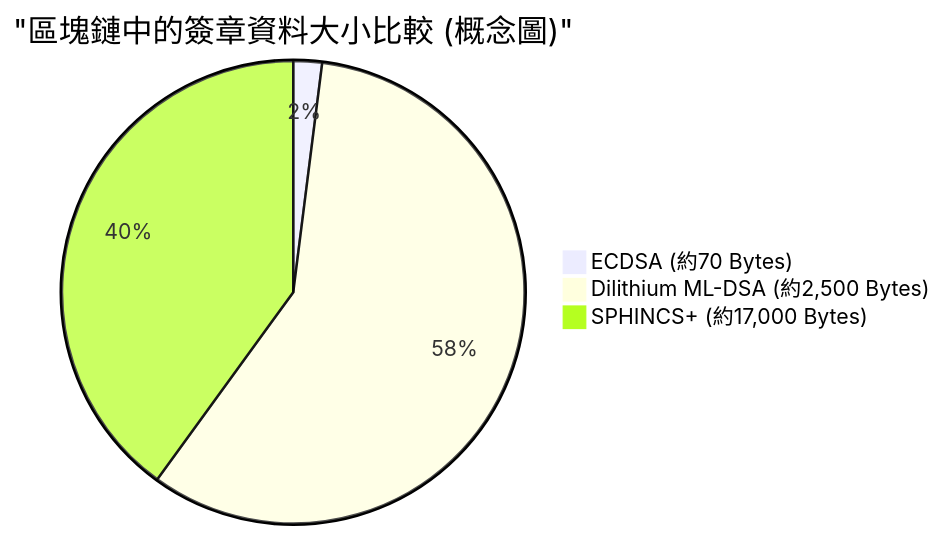
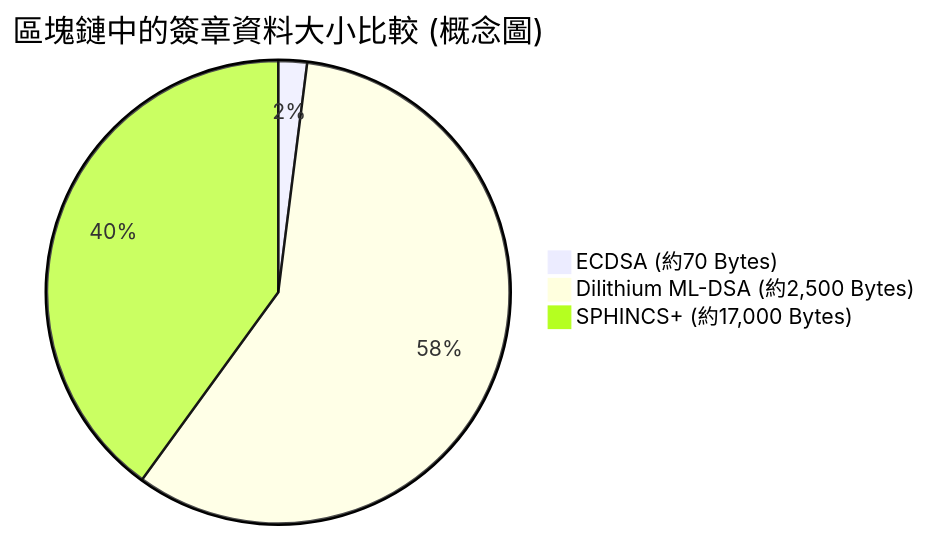
The third of 3 diagrams in content/post/ポスト量子時代のブロックチェーン/index.zh-tw.md (kenjinote/blog), drawn with Mermaid before and after one commit. The commit also changed other lines of this file and 703 other files, not shown here.

Commit message:
Fix: Remove quotes from Mermaid link texts and timeline definitions to support Mermaid 11.4.1

````diff
--- a/content/post/ポスト量子時代のブロックチェーン/index.zh-tw.md
+++ b/content/post/ポスト量子時代のブロックチェーン/index.zh-tw.md
@@ -277,6 +277,6 @@
 ```mermaid
-pie title "區塊鏈中的簽章資料大小比較 (概念圖)"
+pie title 區塊鏈中的簽章資料大小比較 (概念圖)
     "ECDSA (約70 Bytes)" : 2
     "Dilithium ML-DSA (約2,500 Bytes)" : 58
     "SPHINCS+ (約17,000 Bytes)" : 40
 ```
````
